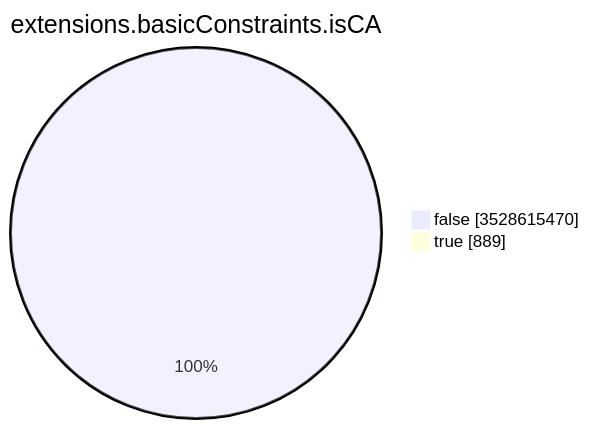
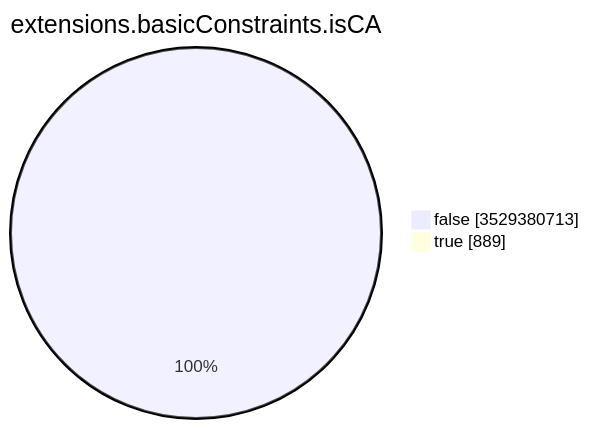
The seventh of 15 diagrams in TOTAL/README.md (christiankrug/ctmonitor_visualization), drawn with Mermaid before and after one commit. The commit also changed other lines of this file, not shown here.

````diff
--- a/TOTAL/README.md
+++ b/TOTAL/README.md
@@ -3094,6 +3094,6 @@
 ```mermaid
 pie showData
 title extensions.basicConstraints.isCA
-"false" :3528615470
+"false" :3529380713
 "true" :889
 ```
````
